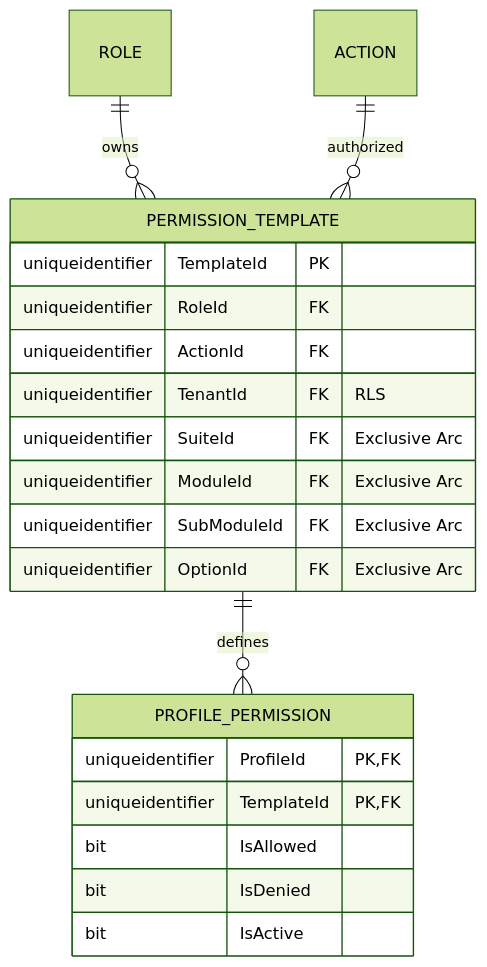
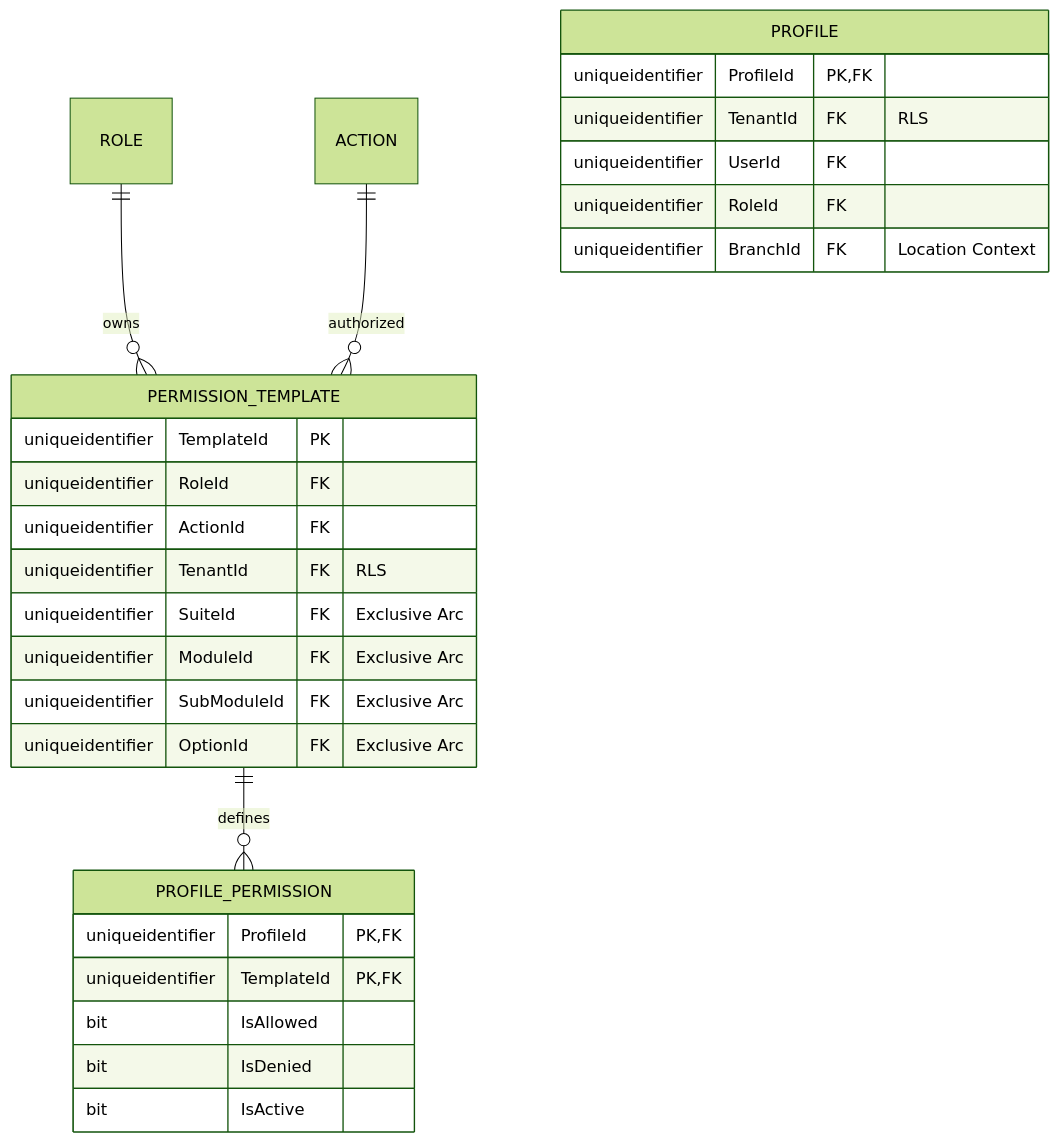
The second of 3 diagrams in architecture/blueprints/database-design-er.md (beyondnetcode/ums), drawn with Mermaid (forest theme) before and after one commit. The commit also changed other lines of this file and 2 other files, not shown here.

Commit message:
fix(auth): restore BRANCH context to PROFILE entity ensuring location-based permission overrides

````diff
--- a/architecture/blueprints/database-design-er.md
+++ b/architecture/blueprints/database-design-er.md
@@ -48,25 +52,33 @@
 ```mermaid
 erDiagram
     ROLE ||--o{ PERMISSION_TEMPLATE : "owns"
     PERMISSION_TEMPLATE ||--o{ PROFILE_PERMISSION : "defines"
     ACTION ||--o{ PERMISSION_TEMPLATE : "authorized"
     
     PERMISSION_TEMPLATE {
         uniqueidentifier TemplateId PK
         uniqueidentifier RoleId FK
         uniqueidentifier ActionId FK
         uniqueidentifier TenantId FK "RLS"
         uniqueidentifier SuiteId FK "Exclusive Arc"
         uniqueidentifier ModuleId FK "Exclusive Arc"
         uniqueidentifier SubModuleId FK "Exclusive Arc"
         uniqueidentifier OptionId FK "Exclusive Arc"
     }
     
+    PROFILE {
+        uniqueidentifier ProfileId PK, FK
+        uniqueidentifier TenantId FK "RLS"
+        uniqueidentifier UserId FK
+        uniqueidentifier RoleId FK
+        uniqueidentifier BranchId FK "Location Context"
+    }
+    
     PROFILE_PERMISSION {
         uniqueidentifier ProfileId PK, FK
         uniqueidentifier TemplateId PK, FK
         bit IsAllowed
         bit IsDenied
         bit IsActive
     }
 ```
````
